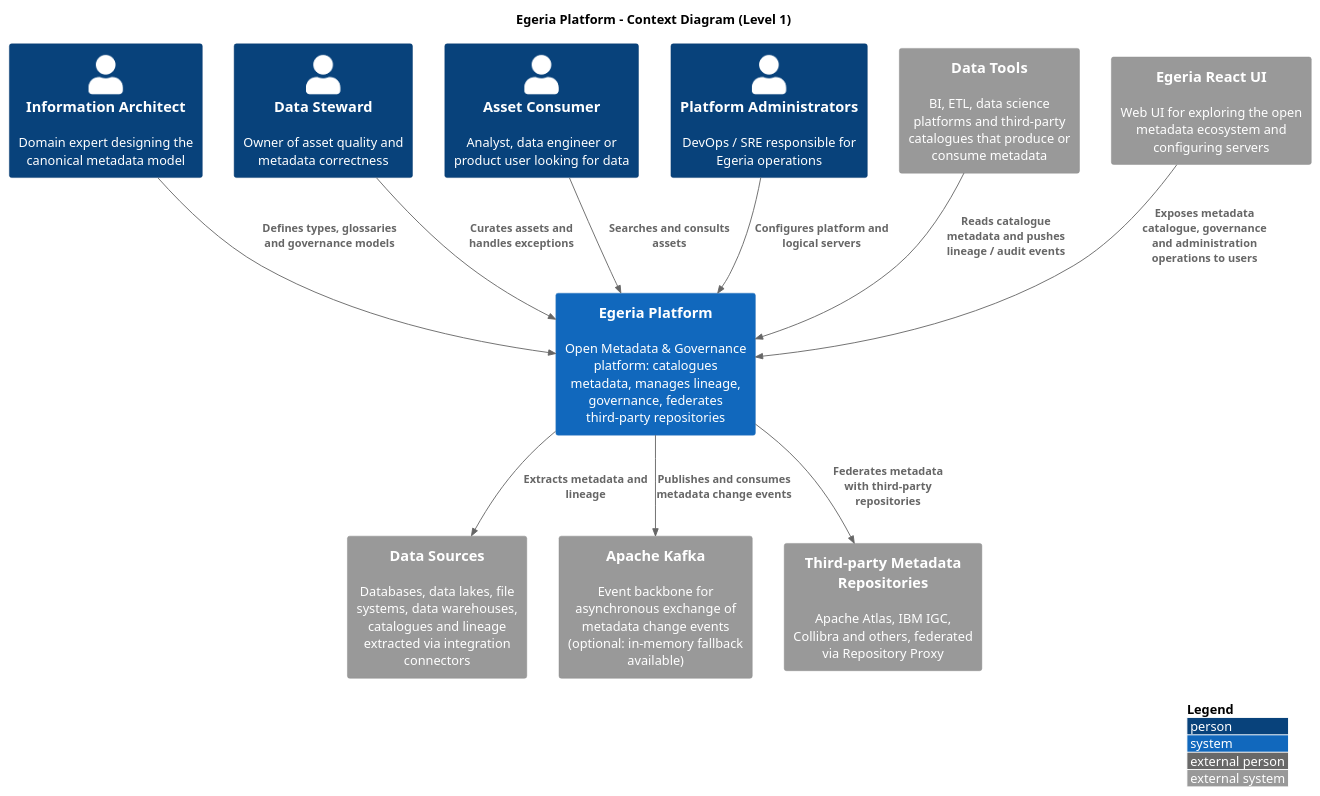
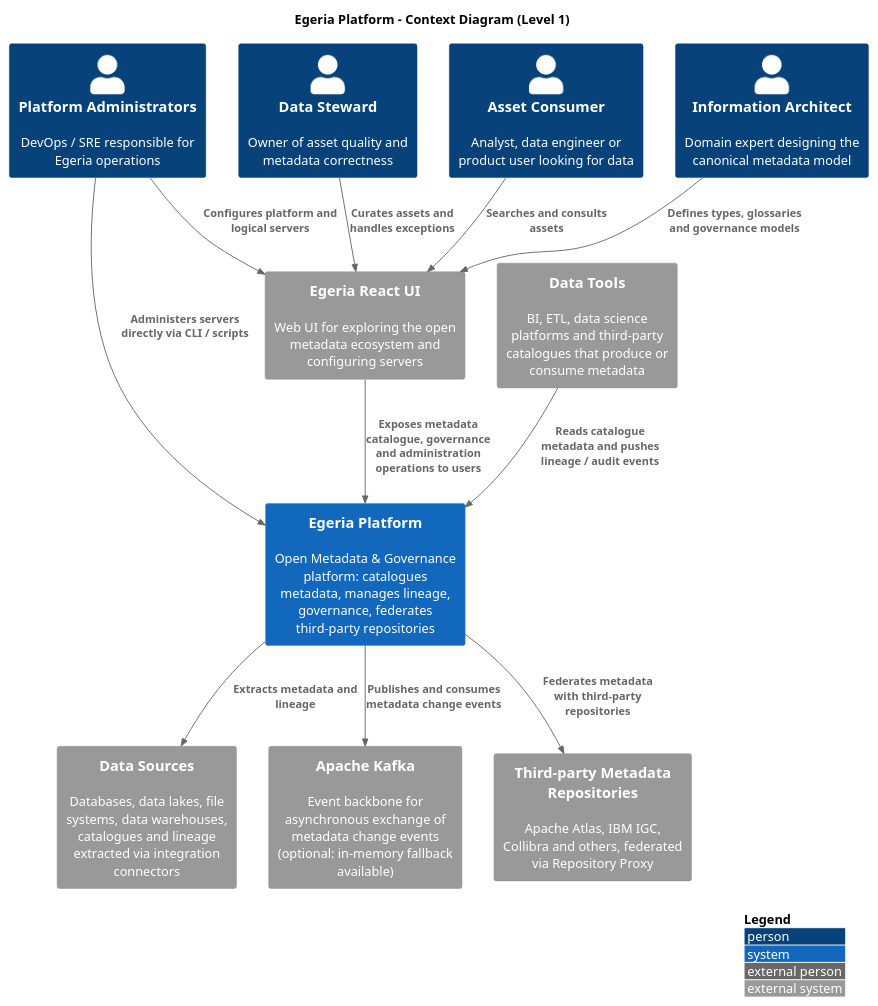
One commit to PoliTO-SwDA-2026-Team18/project changed the diagram in diagrams/c4/context.puml. Above: the diagram before and after it, drawn with PlantUML. The commit also changed 3 other files, not shown here.

Commit message:
fix: container diagram flow

```diff
--- a/diagrams/c4/context.puml
+++ b/diagrams/c4/context.puml
@@ -1,32 +1,34 @@
 @startuml C4_Context_Egeria
 !include https://raw.githubusercontent.com/plantuml-stdlib/C4-PlantUML/master/C4_Context.puml
 
 LAYOUT_WITH_LEGEND()
 
 title Egeria Platform - Context Diagram (Level 1)
 
 Person(architect, "Information Architect", "Domain expert designing the canonical metadata model")
 Person(steward,   "Data Steward",          "Owner of asset quality and metadata correctness")
 Person(consumer,  "Asset Consumer",        "Analyst, data engineer or product user looking for data")
 Person(admin,     "Platform Administrators","DevOps / SRE responsible for Egeria operations")
 
 System(egeria, "Egeria Platform", "Open Metadata & Governance platform: catalogues metadata, manages lineage, governance, federates third-party repositories")
 
 System_Ext(dataSources,   "Data Sources", "Databases, data lakes, file systems, data warehouses, catalogues and lineage extracted via integration connectors")
 System_Ext(externalTools, "Data Tools",   "BI, ETL, data science platforms and third-party catalogues that produce or consume metadata")
 System_Ext(kafka,         "Apache Kafka",                     "Event backbone for asynchronous exchange of metadata change events (optional: in-memory fallback available)")
 System_Ext(thirdPartyRepo,"Third-party Metadata Repositories","Apache Atlas, IBM IGC, Collibra and others, federated via Repository Proxy")
 System_Ext(ui,            "Egeria React UI",                  "Web UI for exploring the open metadata ecosystem and configuring servers")
 
-Rel(architect, egeria, "Defines types, glossaries and governance models")
-Rel(steward,   egeria, "Curates assets and handles exceptions")
-Rel(consumer,  egeria, "Searches and consults assets")
-Rel(admin,     egeria, "Configures platform and logical servers")
+Rel(architect, ui, "Defines types, glossaries and governance models")
+Rel(steward,   ui, "Curates assets and handles exceptions")
+Rel(consumer,  ui, "Searches and consults assets")
+Rel(admin,     ui, "Configures platform and logical servers")
+Rel(admin,     egeria, "Administers servers directly via CLI / scripts")
+
+Rel(ui, egeria, "Exposes metadata catalogue, governance and administration operations to users")
 
 Rel(egeria, dataSources,    "Extracts metadata and lineage")
 Rel(egeria, kafka,          "Publishes and consumes metadata change events")
 Rel(egeria, thirdPartyRepo, "Federates metadata with third-party repositories")
-Rel(ui, egeria, "Exposes metadata catalogue, governance and administration operations to users")
 Rel(externalTools, egeria, "Reads catalogue metadata and pushes lineage / audit events")
 
 @enduml
```
